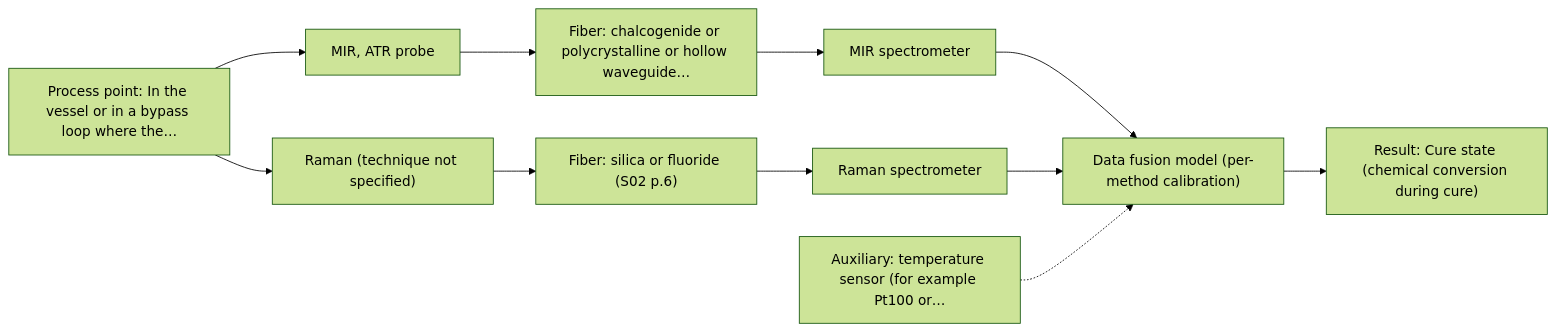
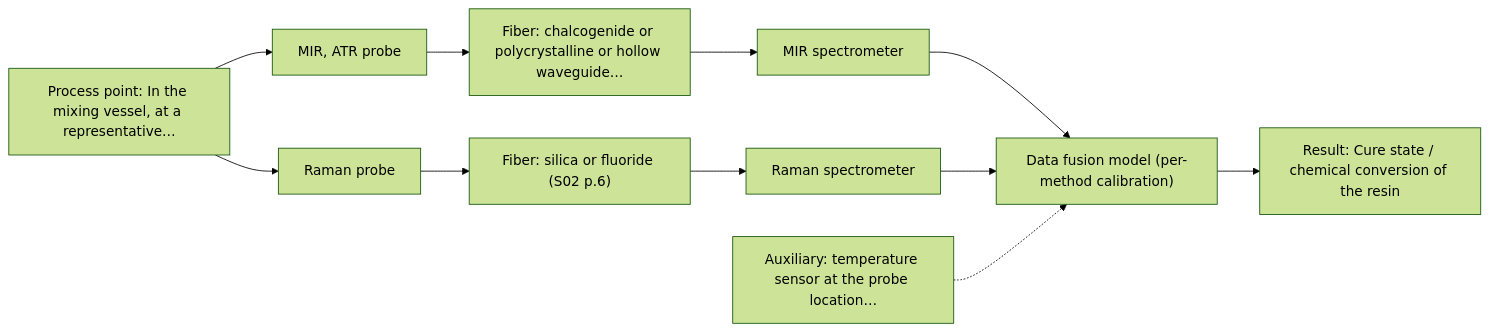
Before and after one commit to sleipnir029/Afs-Spectroscopy-Assistant: the second of 2 diagrams in outputs/adversarial/A10.md, drawn with Mermaid (forest theme). The commit also changed other lines of this file and 41 other files, not shown here.

````diff
--- a/outputs/adversarial/A10.md
+++ b/outputs/adversarial/A10.md
@@ -86,23 +96,23 @@
 ```mermaid
 flowchart LR
-    proc["Process point: In the vessel or in a bypass loop where the…"]
+    proc["Process point: In the mixing vessel, at a representative…"]
     probe1["MIR, ATR probe"]
     fiber1["Fiber: chalcogenide or polycrystalline or hollow waveguide…"]
     spec1["MIR spectrometer"]
-    probe2["Raman (technique not specified)"]
+    probe2["Raman probe"]
     fiber2["Fiber: silica or fluoride (S02 p.6)"]
     spec2["Raman spectrometer"]
     model["Data fusion model (per-method calibration)"]
-    result["Result: Cure state (chemical conversion during cure)"]
-    aux1["Auxiliary: temperature sensor (for example Pt100 or…"]
+    result["Result: Cure state / chemical conversion of the resin"]
+    aux1["Auxiliary: temperature sensor at the probe location…"]
     proc --> probe1
     probe1 --> fiber1
     fiber1 --> spec1
     spec1 --> model
     proc --> probe2
     probe2 --> fiber2
     fiber2 --> spec2
     spec2 --> model
     model --> result
     aux1 -.-> model
 ```
````
